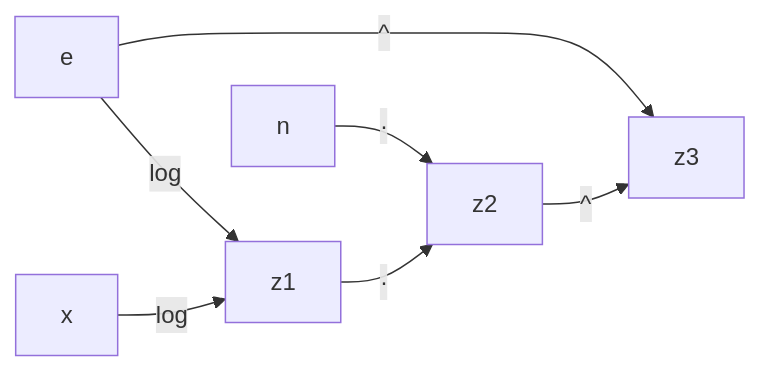
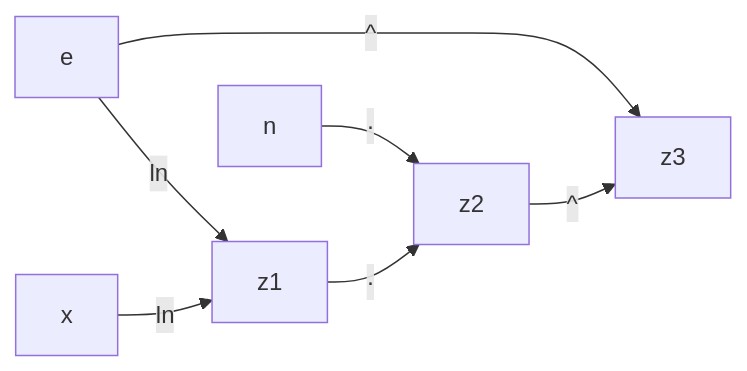
One commit to SuperSamus/appunti-universitari changed the fourth of 6 diagrams in trash/Calcolo numerico/Esercizi errore.md. Above: the diagram before and after it, drawn with Mermaid. The commit also changed other lines of this file, not shown here.

````diff
--- a/trash/Calcolo numerico/Esercizi errore.md
+++ b/trash/Calcolo numerico/Esercizi errore.md
@@ -39,9 +39,9 @@
 ```mermaid
 flowchart LR
 e -- ^ --> z3
 z2 -- ^ --> z3
-x -- log --> z1
-e -- log --> z1
+x -- ln --> z1
+e -- ln --> z1
 n -- · --> z2
 z1 -- · --> z2
 ```
````
